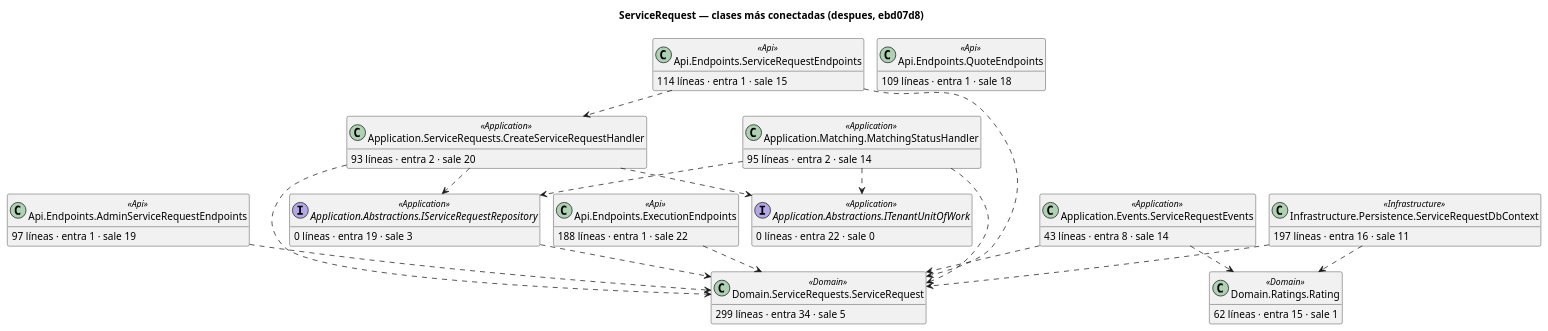
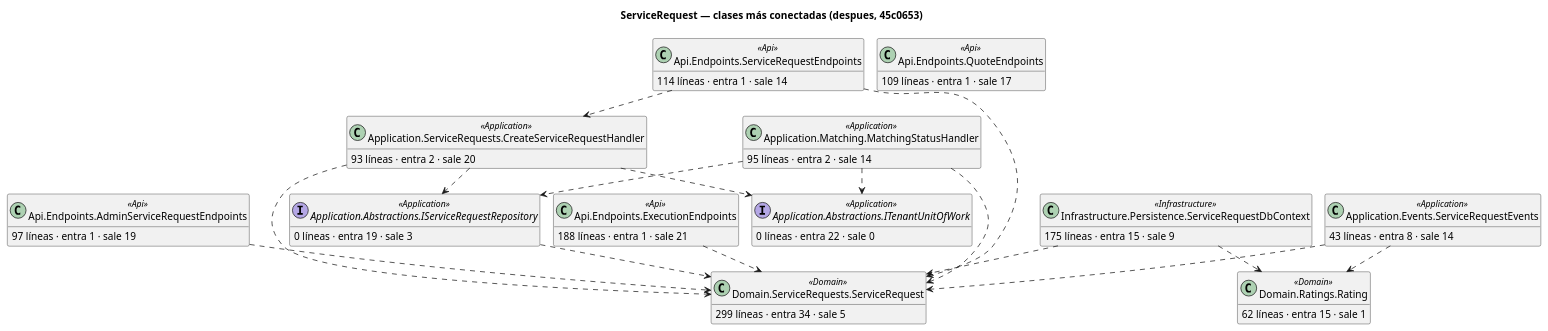
One commit to ARQUI-202630/quickpatch changed the diagram in docs/architecture/codigo/despues/service-request/clases-centrales.puml. Above: the diagram before and after it, drawn with PlantUML. The commit also changed 36 other files, not shown here.

```diff
--- a/docs/architecture/codigo/despues/service-request/clases-centrales.puml
+++ b/docs/architecture/codigo/despues/service-request/clases-centrales.puml
@@ -1,57 +1,57 @@
 @startuml
 !pragma layout smetana
-title ServiceRequest — clases más conectadas (despues, ebd07d8)
+title ServiceRequest — clases más conectadas (despues, 45c0653)
 hide empty members
 skinparam shadowing false
 class "Domain.ServiceRequests.ServiceRequest" as QuickPatch_ServiceRequest_Domain_ServiceRequests_ServiceRequest <<Domain>> {
   299 líneas · entra 34 · sale 5
 }
 class "Infrastructure.Persistence.ServiceRequestDbContext" as QuickPatch_ServiceRequest_Infrastructure_Persistence_ServiceRequestDbContext <<Infrastructure>> {
-  197 líneas · entra 16 · sale 11
+  175 líneas · entra 15 · sale 9
 }
 class "Api.Endpoints.ExecutionEndpoints" as QuickPatch_ServiceRequest_Api_Endpoints_ExecutionEndpoints <<Api>> {
-  188 líneas · entra 1 · sale 22
+  188 líneas · entra 1 · sale 21
 }
 class "Application.ServiceRequests.CreateServiceRequestHandler" as QuickPatch_ServiceRequest_Application_ServiceRequests_CreateServiceRequestHandler <<Application>> {
   93 líneas · entra 2 · sale 20
 }
 class "Application.Events.ServiceRequestEvents" as QuickPatch_ServiceRequest_Application_Events_ServiceRequestEvents <<Application>> {
   43 líneas · entra 8 · sale 14
 }
 interface "Application.Abstractions.ITenantUnitOfWork" as QuickPatch_ServiceRequest_Application_Abstractions_ITenantUnitOfWork <<Application>> {
   0 líneas · entra 22 · sale 0
 }
 interface "Application.Abstractions.IServiceRequestRepository" as QuickPatch_ServiceRequest_Application_Abstractions_IServiceRequestRepository <<Application>> {
   0 líneas · entra 19 · sale 3
 }
 class "Api.Endpoints.AdminServiceRequestEndpoints" as QuickPatch_ServiceRequest_Api_Endpoints_AdminServiceRequestEndpoints <<Api>> {
   97 líneas · entra 1 · sale 19
 }
 class "Api.Endpoints.QuoteEndpoints" as QuickPatch_ServiceRequest_Api_Endpoints_QuoteEndpoints <<Api>> {
-  109 líneas · entra 1 · sale 18
-}
-class "Api.Endpoints.ServiceRequestEndpoints" as QuickPatch_ServiceRequest_Api_Endpoints_ServiceRequestEndpoints <<Api>> {
-  114 líneas · entra 1 · sale 15
+  109 líneas · entra 1 · sale 17
 }
 class "Application.Matching.MatchingStatusHandler" as QuickPatch_ServiceRequest_Application_Matching_MatchingStatusHandler <<Application>> {
   95 líneas · entra 2 · sale 14
 }
 class "Domain.Ratings.Rating" as QuickPatch_ServiceRequest_Domain_Ratings_Rating <<Domain>> {
   62 líneas · entra 15 · sale 1
+}
+class "Api.Endpoints.ServiceRequestEndpoints" as QuickPatch_ServiceRequest_Api_Endpoints_ServiceRequestEndpoints <<Api>> {
+  114 líneas · entra 1 · sale 14
 }
 QuickPatch_ServiceRequest_Api_Endpoints_AdminServiceRequestEndpoints ..> QuickPatch_ServiceRequest_Domain_ServiceRequests_ServiceRequest
 QuickPatch_ServiceRequest_Api_Endpoints_ExecutionEndpoints ..> QuickPatch_ServiceRequest_Domain_ServiceRequests_ServiceRequest
 QuickPatch_ServiceRequest_Api_Endpoints_ServiceRequestEndpoints ..> QuickPatch_ServiceRequest_Application_ServiceRequests_CreateServiceRequestHandler
 QuickPatch_ServiceRequest_Api_Endpoints_ServiceRequestEndpoints ..> QuickPatch_ServiceRequest_Domain_ServiceRequests_ServiceRequest
 QuickPatch_ServiceRequest_Application_Abstractions_IServiceRequestRepository ..> QuickPatch_ServiceRequest_Domain_ServiceRequests_ServiceRequest
 QuickPatch_ServiceRequest_Application_Events_ServiceRequestEvents ..> QuickPatch_ServiceRequest_Domain_Ratings_Rating
 QuickPatch_ServiceRequest_Application_Events_ServiceRequestEvents ..> QuickPatch_ServiceRequest_Domain_ServiceRequests_ServiceRequest
 QuickPatch_ServiceRequest_Application_Matching_MatchingStatusHandler ..> QuickPatch_ServiceRequest_Application_Abstractions_IServiceRequestRepository
 QuickPatch_ServiceRequest_Application_Matching_MatchingStatusHandler ..> QuickPatch_ServiceRequest_Application_Abstractions_ITenantUnitOfWork
 QuickPatch_ServiceRequest_Application_Matching_MatchingStatusHandler ..> QuickPatch_ServiceRequest_Domain_ServiceRequests_ServiceRequest
 QuickPatch_ServiceRequest_Application_ServiceRequests_CreateServiceRequestHandler ..> QuickPatch_ServiceRequest_Application_Abstractions_IServiceRequestRepository
 QuickPatch_ServiceRequest_Application_ServiceRequests_CreateServiceRequestHandler ..> QuickPatch_ServiceRequest_Application_Abstractions_ITenantUnitOfWork
 QuickPatch_ServiceRequest_Application_ServiceRequests_CreateServiceRequestHandler ..> QuickPatch_ServiceRequest_Domain_ServiceRequests_ServiceRequest
 QuickPatch_ServiceRequest_Infrastructure_Persistence_ServiceRequestDbContext ..> QuickPatch_ServiceRequest_Domain_Ratings_Rating
 QuickPatch_ServiceRequest_Infrastructure_Persistence_ServiceRequestDbContext ..> QuickPatch_ServiceRequest_Domain_ServiceRequests_ServiceRequest
 @enduml
```
